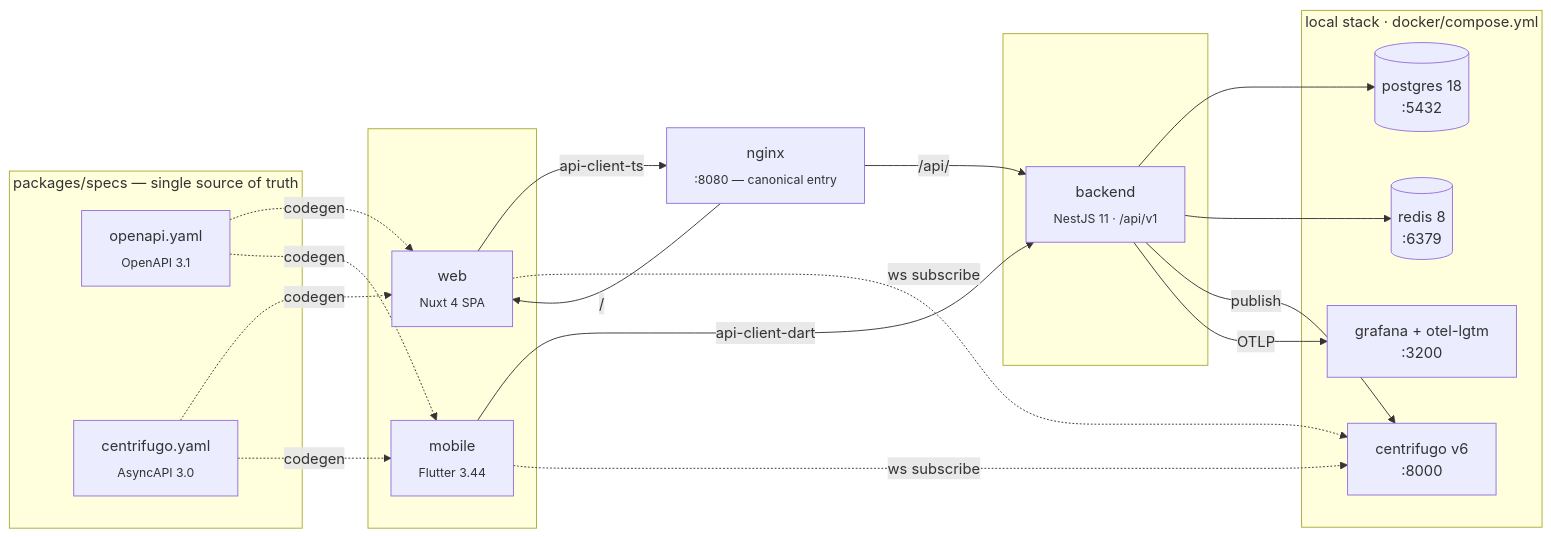
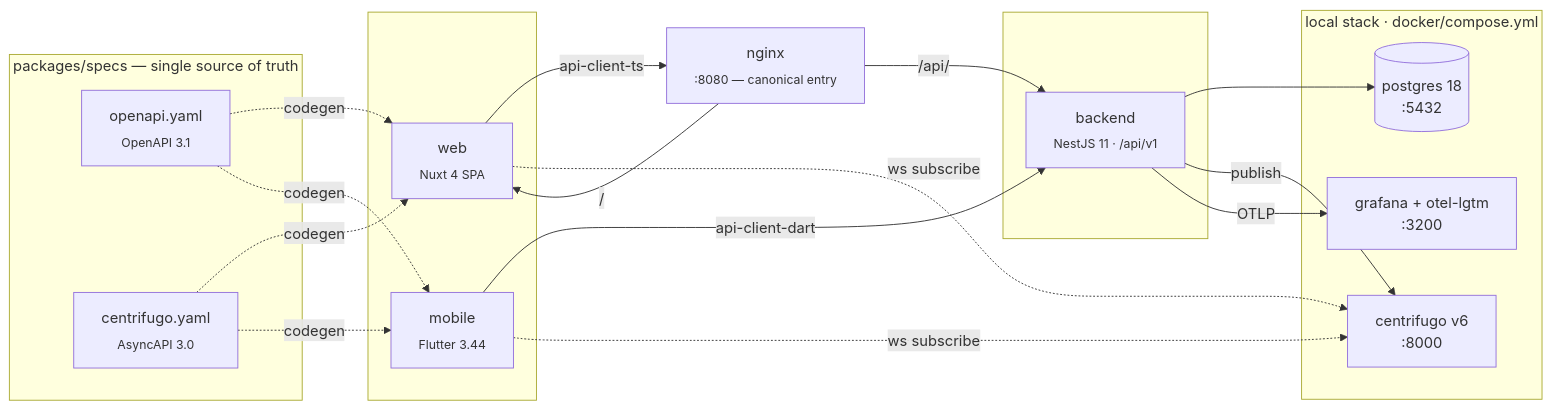
One commit to kkucherenkov/course_shelf changed the diagram in README.md. Above: the diagram before and after it, drawn with Mermaid. The commit also changed other lines of this file and 7 other files, not shown here.

````diff
--- a/README.md
+++ b/README.md
@@ -22,41 +22,39 @@
 ```mermaid
 flowchart LR
   subgraph clients[" "]
     web["web<br/><sub>Nuxt 4 SPA</sub>"]
     mobile["mobile<br/><sub>Flutter 3.44</sub>"]
   end
 
   nginx["nginx<br/><sub>:8080 — canonical entry</sub>"]
 
   subgraph backend_group[" "]
     backend["backend<br/><sub>NestJS 11 · /api/v1</sub>"]
   end
 
   subgraph infra["local stack · docker/compose.yml"]
     postgres[("postgres 18<br/>:5432")]
-    redis[("redis 8<br/>:6379")]
     centrifugo["centrifugo v6<br/>:8000"]
     otel["grafana + otel-lgtm<br/>:3200"]
   end
 
   subgraph contracts["packages/specs — single source of truth"]
     openapi["openapi.yaml<br/><sub>OpenAPI 3.1</sub>"]
     asyncapi["centrifugo.yaml<br/><sub>AsyncAPI 3.0</sub>"]
   end
 
   web -->|"api-client-ts"| nginx
   mobile -->|"api-client-dart"| backend
   nginx -->|"/api/"| backend
   nginx -->|"/"| web
   web -.->|"ws subscribe"| centrifugo
   mobile -.->|"ws subscribe"| centrifugo
   backend --> postgres
-  backend --> redis
   backend -->|"publish"| centrifugo
   backend -->|"OTLP"| otel
 
   openapi -. "codegen" .-> web
   openapi -. "codegen" .-> mobile
   asyncapi -. "codegen" .-> web
   asyncapi -. "codegen" .-> mobile
 ```
````
